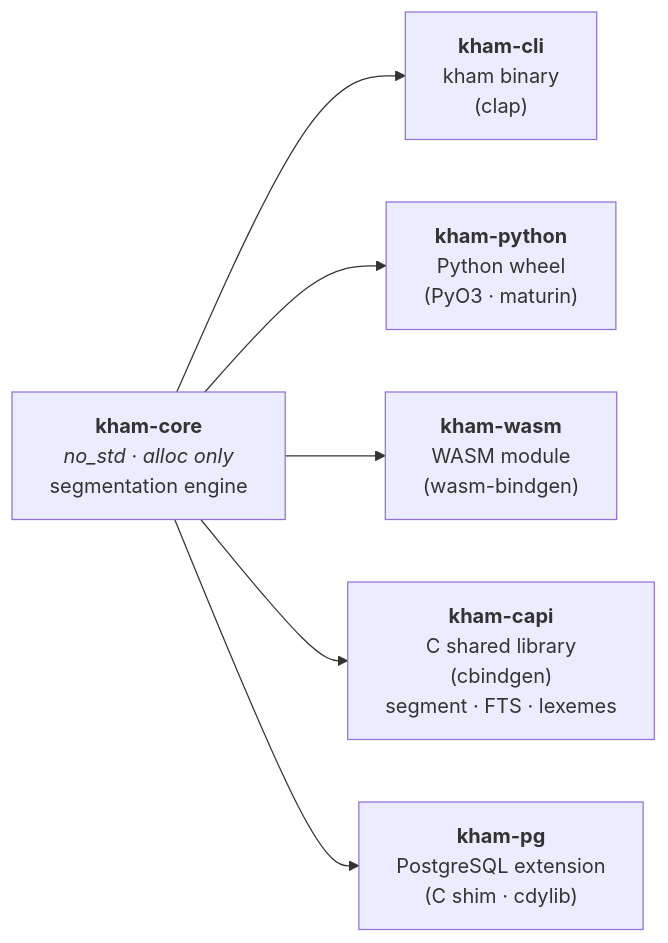
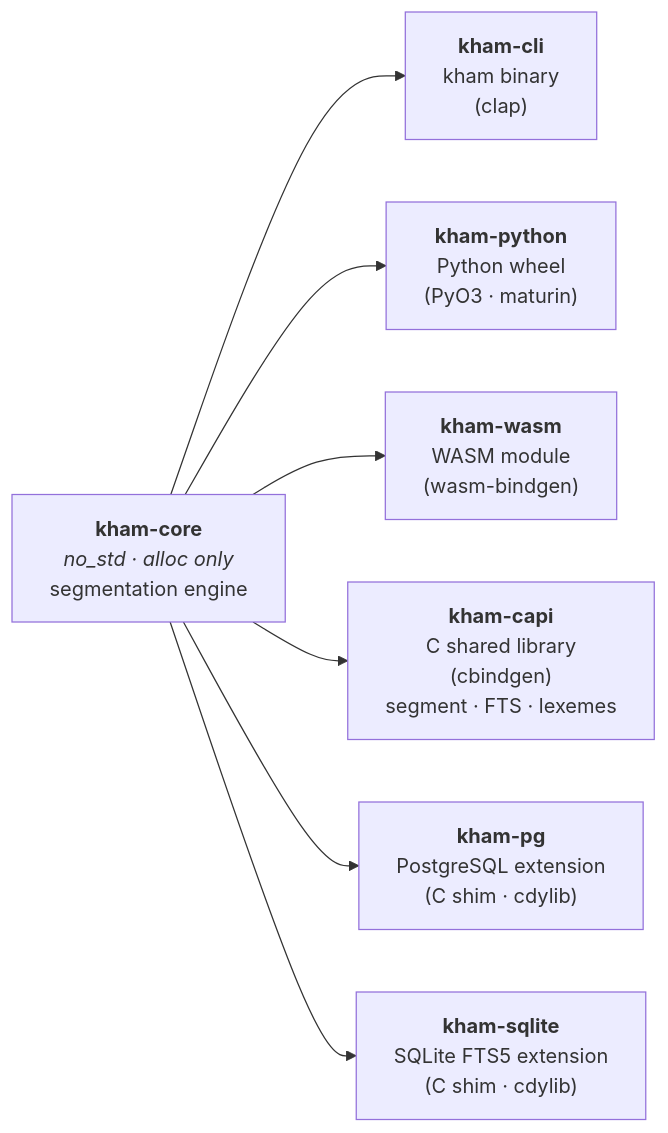
Before and after one commit to preedep/kham: the first of 6 diagrams in doc/architecture.md, drawn with Mermaid. The commit also changed 2 other files, not shown here.

Commit message:
docs: add kham-sqlite to README, architecture, and benchmarks
- README.md: tagline, features, packages table, SQLite quick-start
  section with usage example, building prerequisites
- doc/architecture.md: add kham-sqlite node to workspace crate graph
- doc/benchmarks.md: add SQLite FTS5 section with criterion results
  (index/single, index/batch_100, query/single_word, snippet)

````diff
--- a/doc/architecture.md
+++ b/doc/architecture.md
@@ -5,16 +5,18 @@
 ```mermaid
 graph LR
     core["<b>kham-core</b><br/><i>no_std · alloc only</i><br/>segmentation engine"]
 
     cli["<b>kham-cli</b><br/>kham binary<br/>(clap)"]
     python["<b>kham-python</b><br/>Python wheel<br/>(PyO3 · maturin)"]
     wasm["<b>kham-wasm</b><br/>WASM module<br/>(wasm-bindgen)"]
     capi["<b>kham-capi</b><br/>C shared library<br/>(cbindgen)<br/>segment · FTS · lexemes"]
     pg["<b>kham-pg</b><br/>PostgreSQL extension<br/>(C shim · cdylib)"]
+    sqlite["<b>kham-sqlite</b><br/>SQLite FTS5 extension<br/>(C shim · cdylib)"]
 
     core --> cli
     core --> python
     core --> wasm
     core --> capi
     core --> pg
+    core --> sqlite
 ```
````
